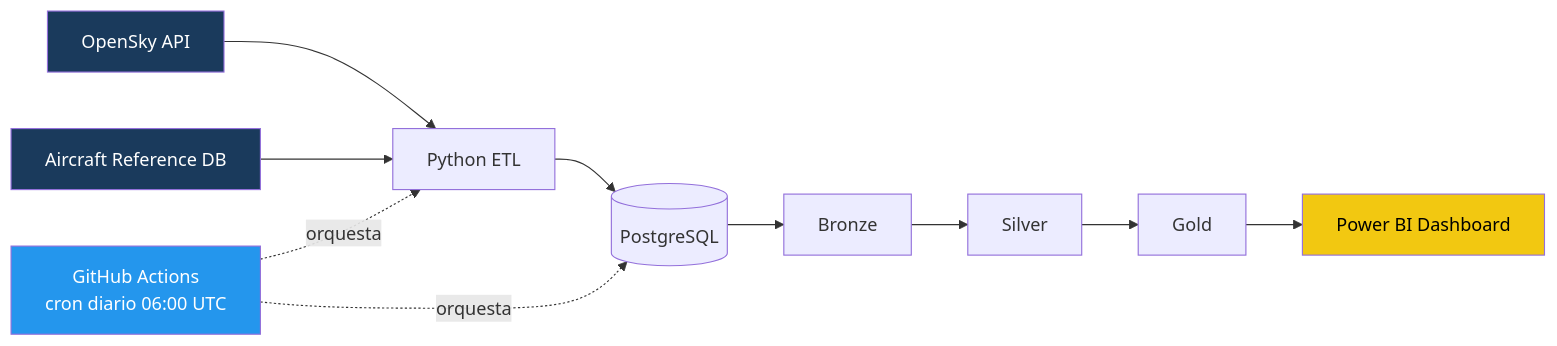
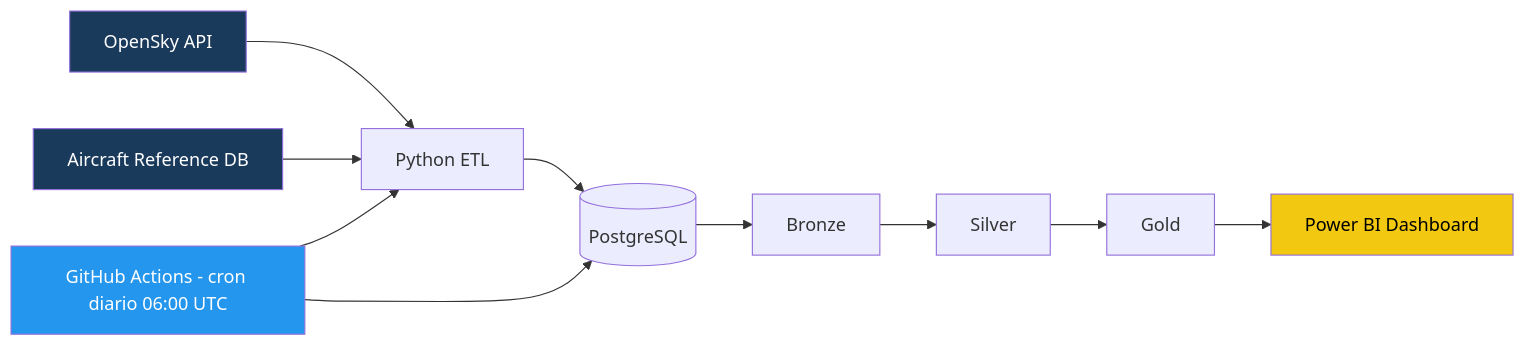
One commit to Dguillenc/airbus-fleet-efficiency changed the diagram in README.md. Above: the diagram before and after it, drawn with Mermaid.

````diff
--- a/README.md
+++ b/README.md
@@ -56,18 +56,17 @@
 ```mermaid
 flowchart LR
     A[OpenSky API] --> C[Python ETL]
     B[Aircraft Reference DB] --> C
     C --> D[(PostgreSQL)]
     D --> E[Bronze]
     E --> F[Silver]
     F --> G[Gold]
     G --> H[Power BI Dashboard]
-
-    I[GitHub Actions<br/>cron diario 06:00 UTC] -.orquesta.-> C
-    I -.orquesta.-> D
+    I[GitHub Actions - cron diario 06:00 UTC] --> C
+    I --> D
 
     style A fill:#1a3a5c,color:#fff
     style B fill:#1a3a5c,color:#fff
     style H fill:#F2C811,color:#000
     style I fill:#2496ED,color:#fff
 ```
````
